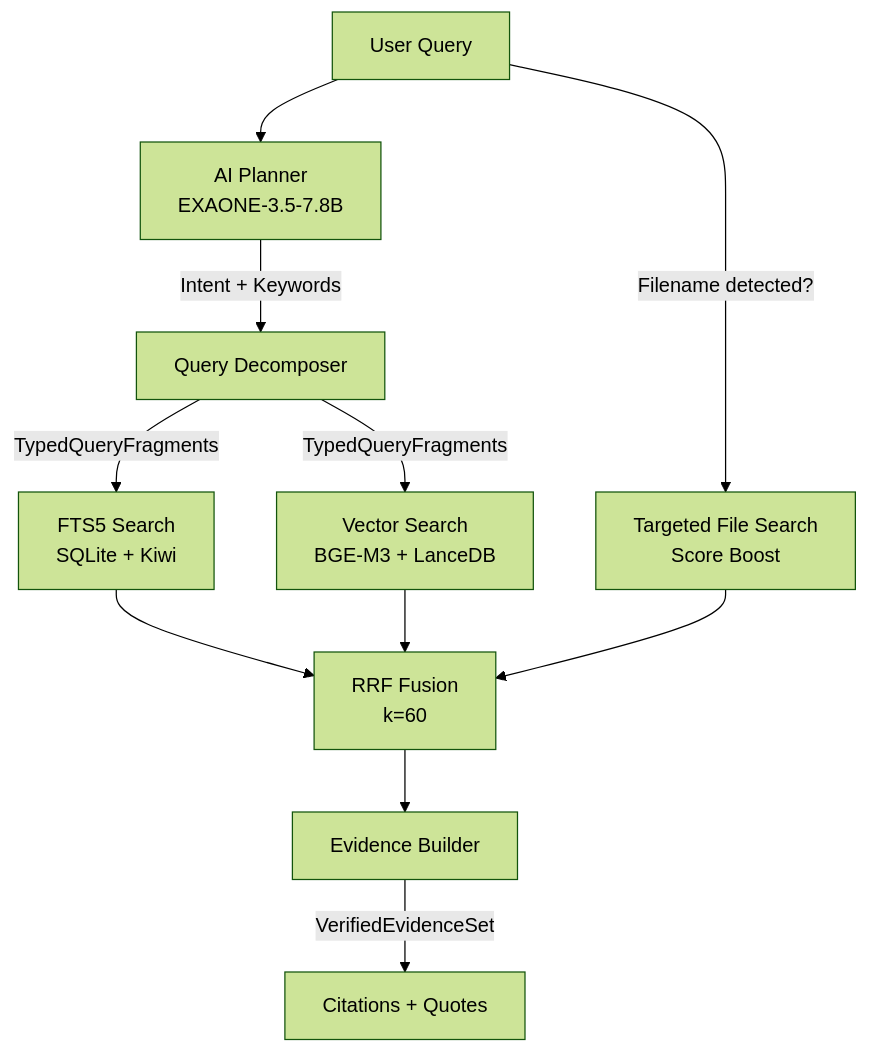
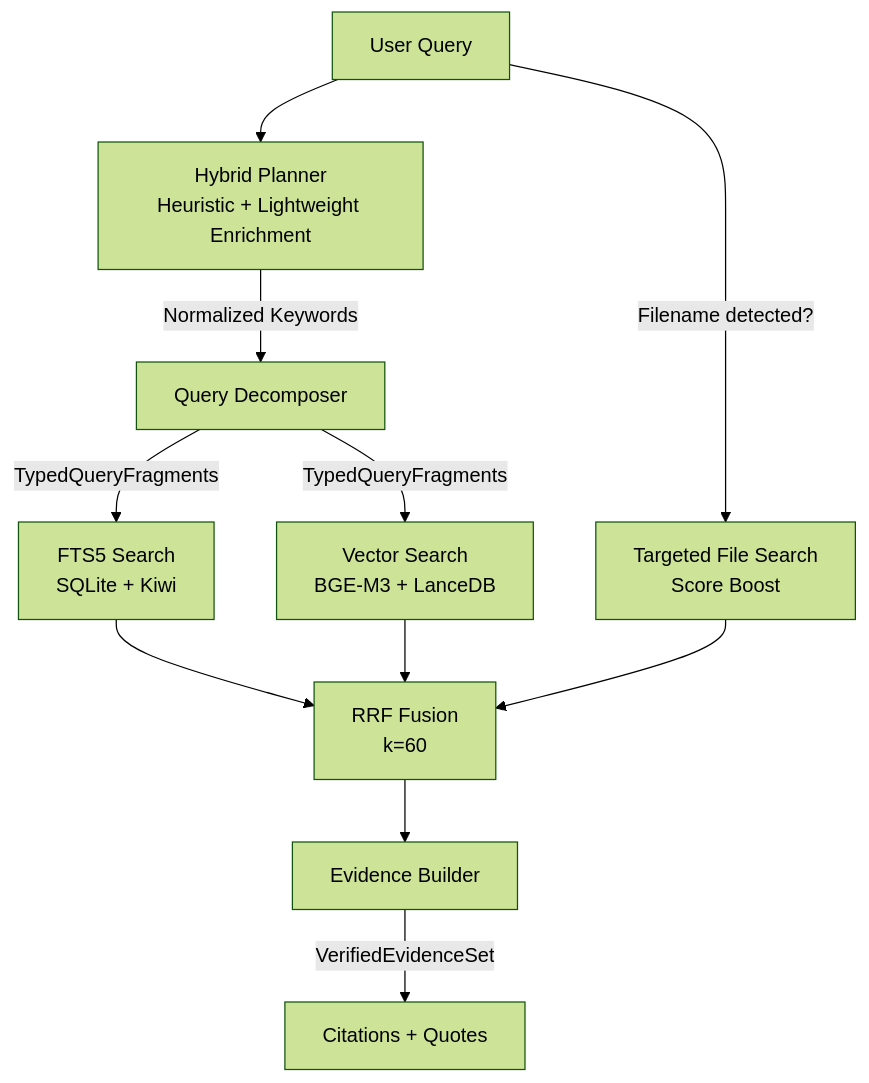
Before and after one commit to projecthub-codingstudio/JARVIS: the diagram in wiki/Retrieval-Pipeline.md, drawn with Mermaid (forest theme). The commit also changed other lines of this file and 54 other files, not shown here.

````diff
--- a/wiki/Retrieval-Pipeline.md
+++ b/wiki/Retrieval-Pipeline.md
@@ -7,13 +7,13 @@
 ```mermaid
 flowchart TD
-    Q[User Query] --> P[AI Planner<br/>EXAONE-3.5-7.8B]
-    P --> |"Intent + Keywords"| D[Query Decomposer]
+    Q[User Query] --> P[Hybrid Planner<br/>Heuristic + Lightweight Enrichment]
+    P --> |"Normalized Keywords"| D[Query Decomposer]
     D --> |"TypedQueryFragments"| FTS[FTS5 Search<br/>SQLite + Kiwi]
     D --> |"TypedQueryFragments"| VEC[Vector Search<br/>BGE-M3 + LanceDB]
     Q --> |"Filename detected?"| TGT[Targeted File Search<br/>Score Boost]
     FTS --> RRF[RRF Fusion<br/>k=60]
     VEC --> RRF
     TGT --> RRF
     RRF --> EB[Evidence Builder]
     EB --> |"VerifiedEvidenceSet"| OUT[Citations + Quotes]
 ```
````
